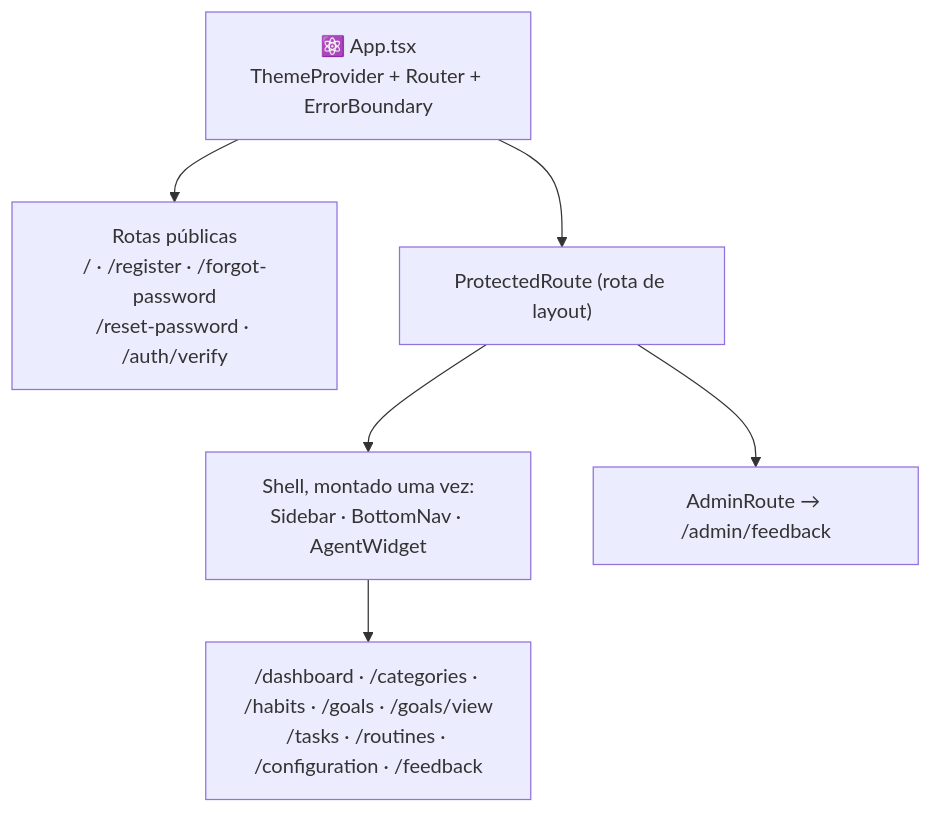
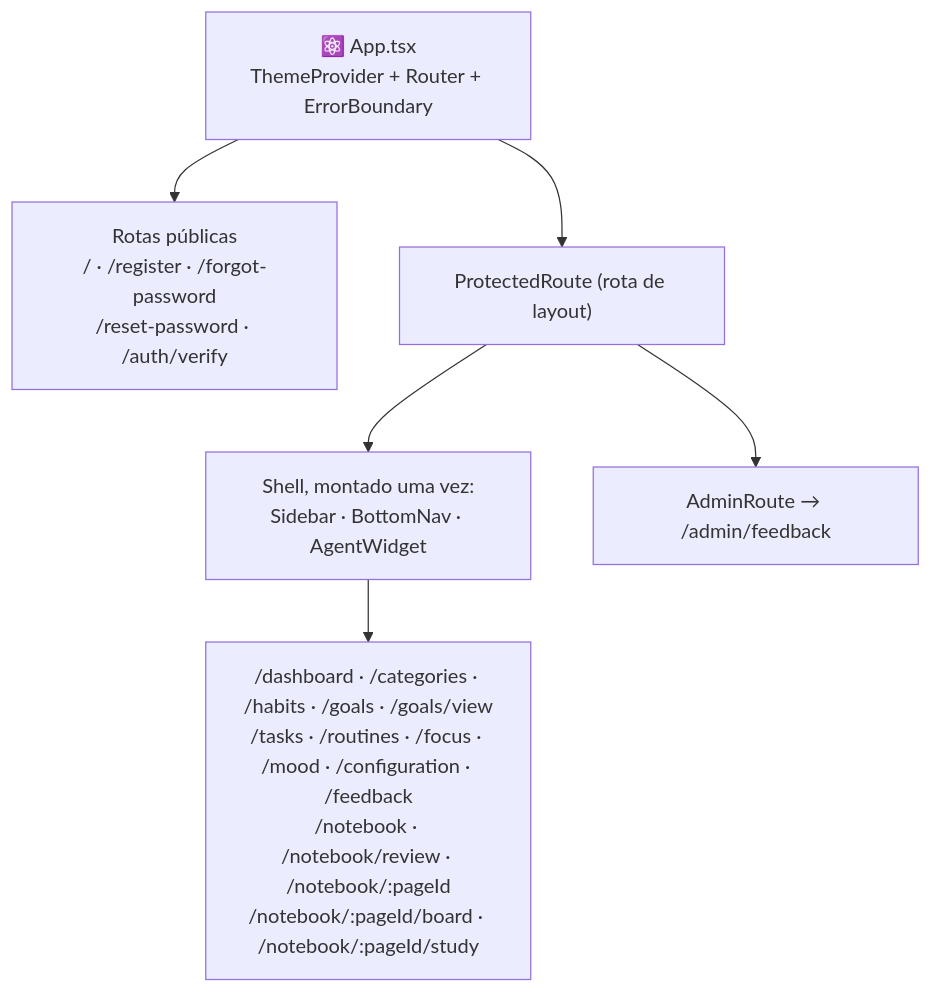
Before and after one commit to AndDev741/Beyou-arch-design: the diagram in architecture/ui-components/pt.md, drawn with Mermaid. The commit also changed other lines of this file and 39 other files, not shown here.

````diff
--- a/architecture/ui-components/pt.md
+++ b/architecture/ui-components/pt.md
@@ -10,9 +10,9 @@
 ```mermaid
 flowchart TD
   APP["⚛️ App.tsx<br/>ThemeProvider + Router + ErrorBoundary"]
   APP --> PUB["Rotas públicas<br/>/ · /register · /forgot-password<br/>/reset-password · /auth/verify"]
   APP --> PROT["ProtectedRoute (rota de layout)"]
   PROT --> SHELL["Shell, montado uma vez:<br/>Sidebar · BottomNav · AgentWidget"]
-  SHELL --> PAGES["/dashboard · /categories · /habits · /goals · /goals/view<br/>/tasks · /routines · /configuration · /feedback"]
+  SHELL --> PAGES["/dashboard · /categories · /habits · /goals · /goals/view<br/>/tasks · /routines · /focus · /mood · /configuration · /feedback<br/>/notebook · /notebook/review · /notebook/:pageId<br/>/notebook/:pageId/board · /notebook/:pageId/study"]
   PROT --> ADMIN["AdminRoute → /admin/feedback"]
 ```
````
